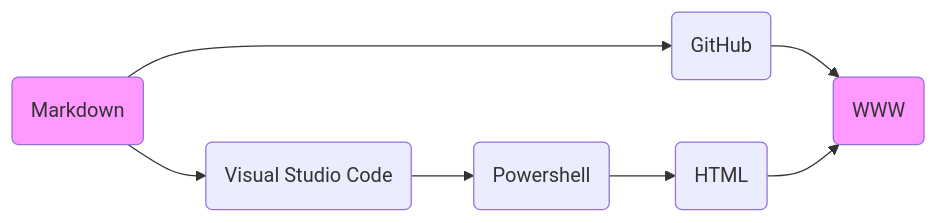
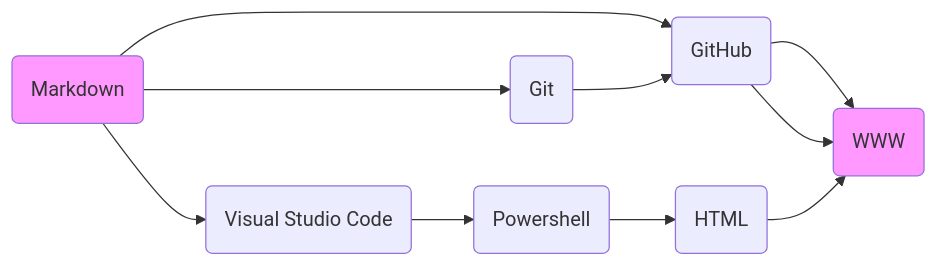
Before and after one commit to phdonner/phdonner: the diagram in README.md, drawn with Mermaid.

````diff
--- a/README.md
+++ b/README.md
@@ -27,13 +27,15 @@
 ```mermaid
 flowchart LR
     id1(Markdown)
     id2(GitHub)
     id3(WWW)
-    id4(Visual Studio Code)
-    id5(Powershell)
-    id6(HTML)
+    id4(Git)
+    id5(Visual Studio Code)
+    id6(Powershell)
+    id7(HTML)
     id1-->id2-->id3
-    id1-->id4-->id5-->id6-->id3
+    id1-->id4-->id2-->id3
+    id1-->id5-->id6-->id7-->id3
 style id1 fill:#f9f;
 style id3 fill:#f9f;
 ```
````
